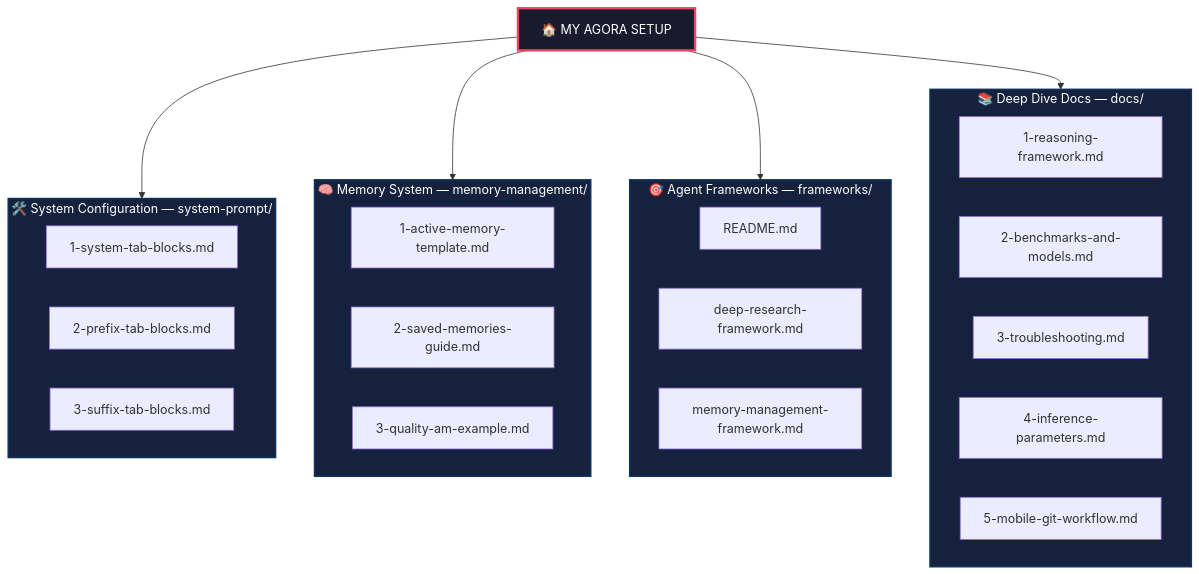
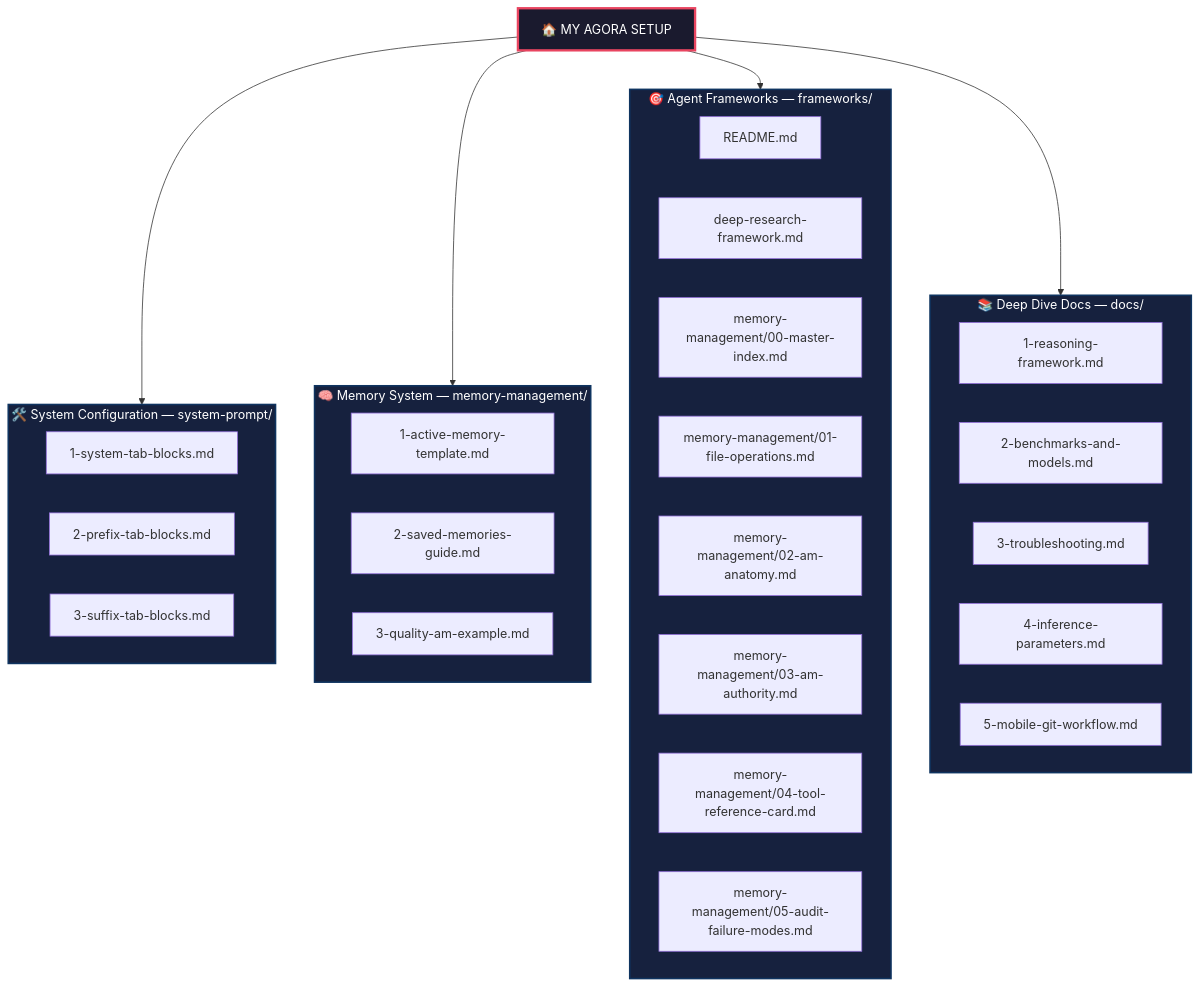
One commit to painter99/agora-pro-setup changed the diagram in README.md. Above: the diagram before and after it, drawn with Mermaid. The commit also changed other lines of this file and 11 other files, not shown here.

````diff
--- a/README.md
+++ b/README.md
@@ -13,41 +13,46 @@
 ```mermaid
 flowchart TD
     A["🏠 MY AGORA SETUP"]
     
     subgraph sys ["🛠️ System Configuration — system-prompt/"]
         B1["1-system-tab-blocks.md"]
         B2["2-prefix-tab-blocks.md"]
         B3["3-suffix-tab-blocks.md"]
     end
     
     subgraph mem ["🧠 Memory System — memory-management/"]
         C1["1-active-memory-template.md"]
         C2["2-saved-memories-guide.md"]
         C3["3-quality-am-example.md"]
     end
 
     subgraph fwk ["🎯 Agent Frameworks — frameworks/"]
         F1["README.md"]
         F2["deep-research-framework.md"]
-        F3["memory-management-framework.md"]
+        F3["memory-management/00-master-index.md"]
+        F4["memory-management/01-file-operations.md"]
+        F5["memory-management/02-am-anatomy.md"]
+        F6["memory-management/03-am-authority.md"]
+        F7["memory-management/04-tool-reference-card.md"]
+        F8["memory-management/05-audit-failure-modes.md"]
     end
 
     subgraph doc ["📚 Deep Dive Docs — docs/"]
         D1["1-reasoning-framework.md"]
         D2["2-benchmarks-and-models.md"]
         D3["3-troubleshooting.md"]
         D4["4-inference-parameters.md"]
         D5["5-mobile-git-workflow.md"]
     end
 
     A --> sys
     A --> mem
     A --> fwk
     A --> doc
     
     style A fill:#1a1a2e,stroke:#e94560,color:#fff,stroke-width:3px
     style sys fill:#16213e,stroke:#0f3460,color:#fff,stroke-width:2px
     style mem fill:#16213e,stroke:#0f3460,color:#fff,stroke-width:2px
     style fwk fill:#16213e,stroke:#0f3460,color:#fff,stroke-width:2px
     style doc fill:#16213e,stroke:#0f3460,color:#fff,stroke-width:2px
 ```
````
